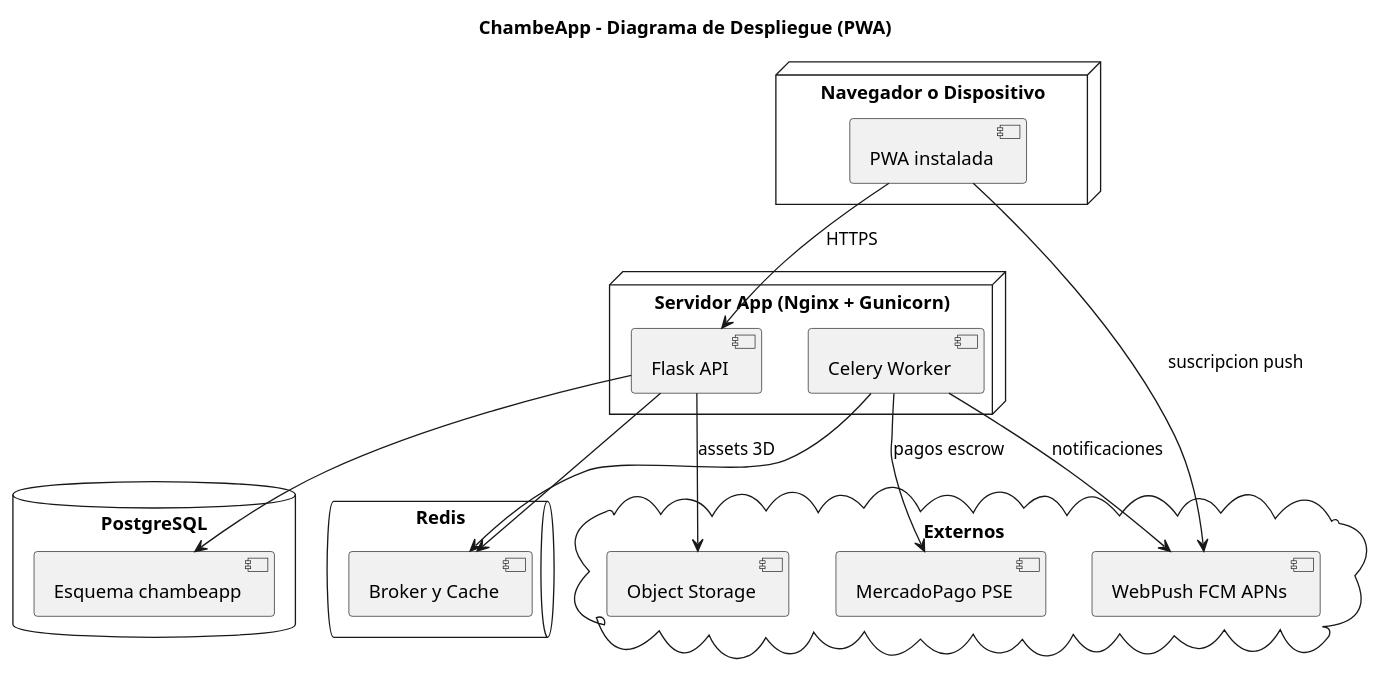
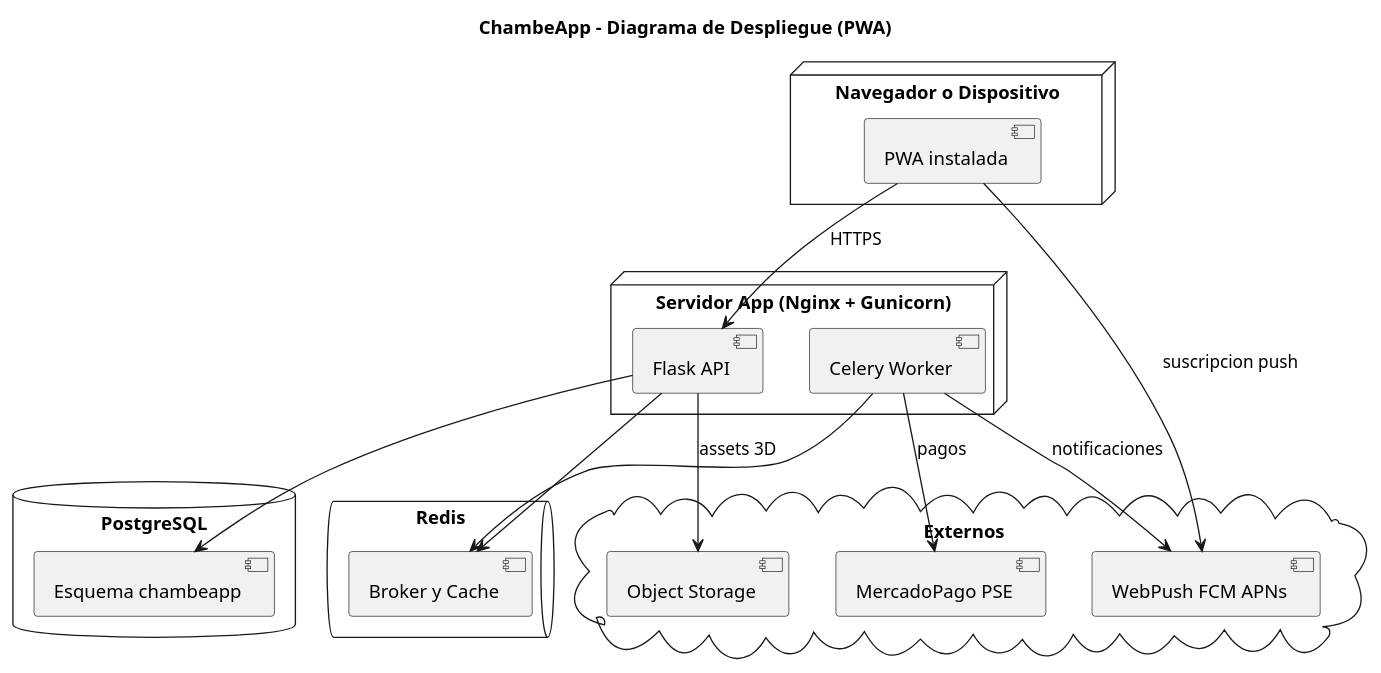
One commit to jpalacioing98/Chambeapp_Doc changed the diagram in Arquitectura/diagramas/02_despliegue.puml. Above: the diagram before and after it, drawn with PlantUML. The commit also changed 12 other files, not shown here.

Commit message:
docs: actualización diagramas y documentación monetización

```diff
--- a/Arquitectura/diagramas/02_despliegue.puml
+++ b/Arquitectura/diagramas/02_despliegue.puml
@@ -1,35 +1,35 @@
 @startuml
 title ChambeApp - Diagrama de Despliegue (PWA)
 
 node "Navegador o Dispositivo" as CLI {
   [PWA instalada] as PWA
 }
 
 node "Servidor App (Nginx + Gunicorn)" as SRV {
   [Flask API] as FL
   [Celery Worker] as CW
 }
 
 database "PostgreSQL" as DB {
   [Esquema chambeapp] as SCH
 }
 
 queue "Redis" as RD {
   [Broker y Cache] as RC
 }
 
 cloud "Externos" {
   [MercadoPago PSE] as MP
   [WebPush FCM APNs] as WPP
   [Object Storage] as OBJ
 }
 
 PWA --> FL : HTTPS
 PWA --> WPP : suscripcion push
 FL --> SCH
 FL --> RC
 CW --> RC
-CW --> MP : pagos escrow
+CW --> MP : pagos
 CW --> WPP : notificaciones
 FL --> OBJ : assets 3D
 @enduml
```
